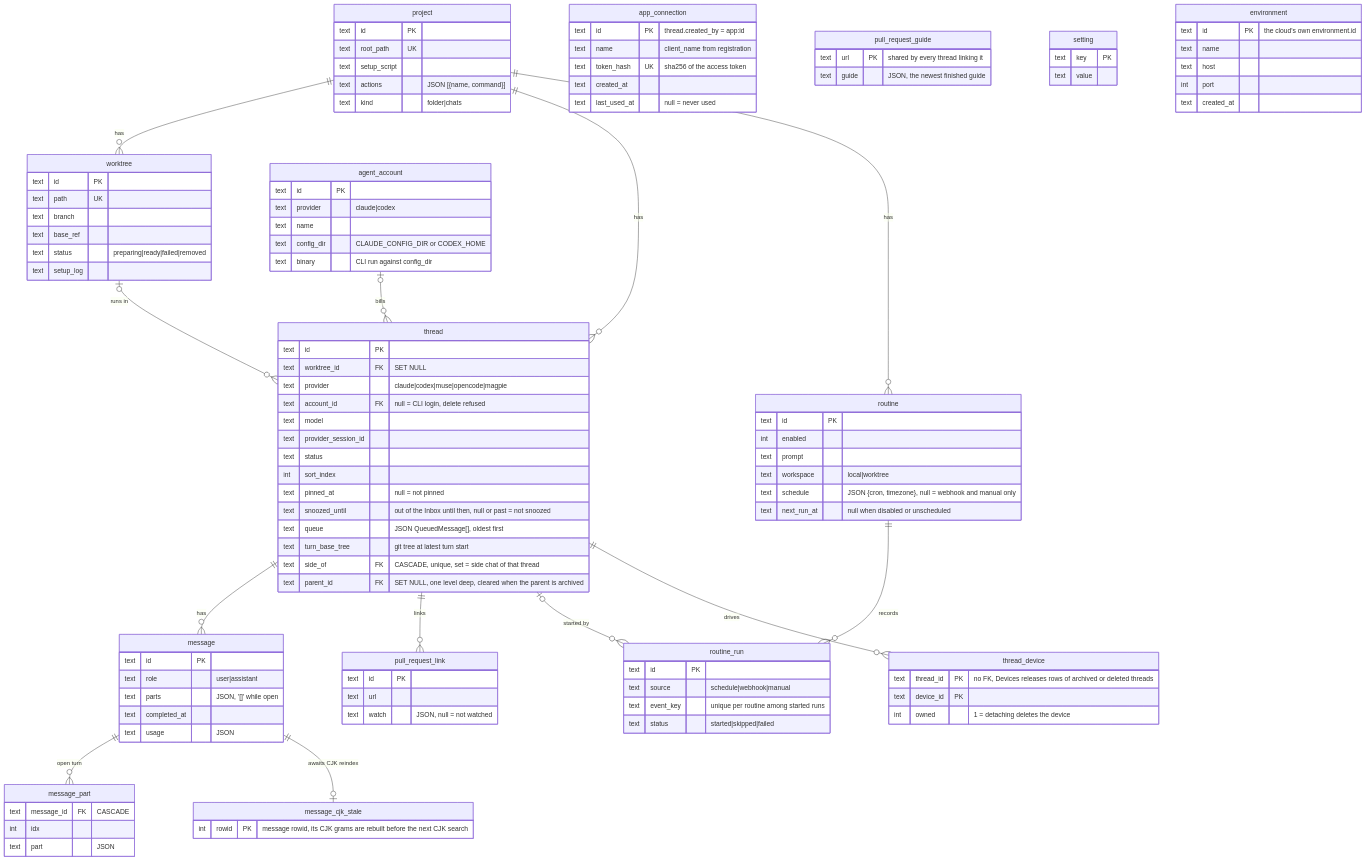
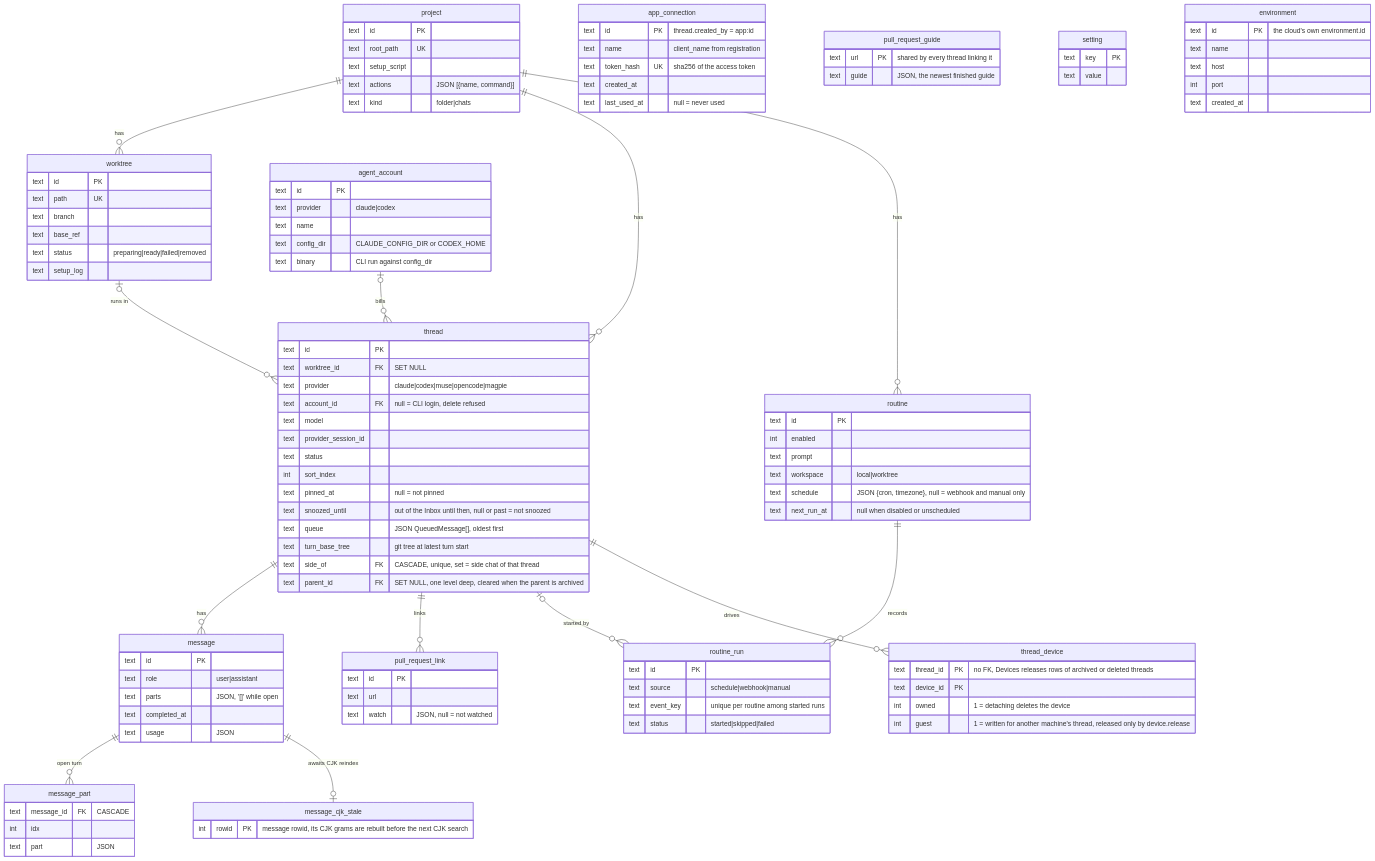
Before and after one commit to hinadev-ai/hinacode: diagram 12 of 19 in docs/arch.md, drawn with Mermaid. The commit also changed 5 other files, not shown here.

First line of the commit message:
feat(devices): keep a guest thread's devices until it is released

```diff
--- a/docs/arch.md
+++ b/docs/arch.md
@@ -477,6 +477,7 @@
     text thread_id PK "no FK, Devices releases rows of archived or deleted threads"
     text device_id PK
     int owned "1 = detaching deletes the device"
+    int guest "1 = written for another machine's thread, released only by device.release"
   }
   message_part {
     text message_id FK "CASCADE"
```
